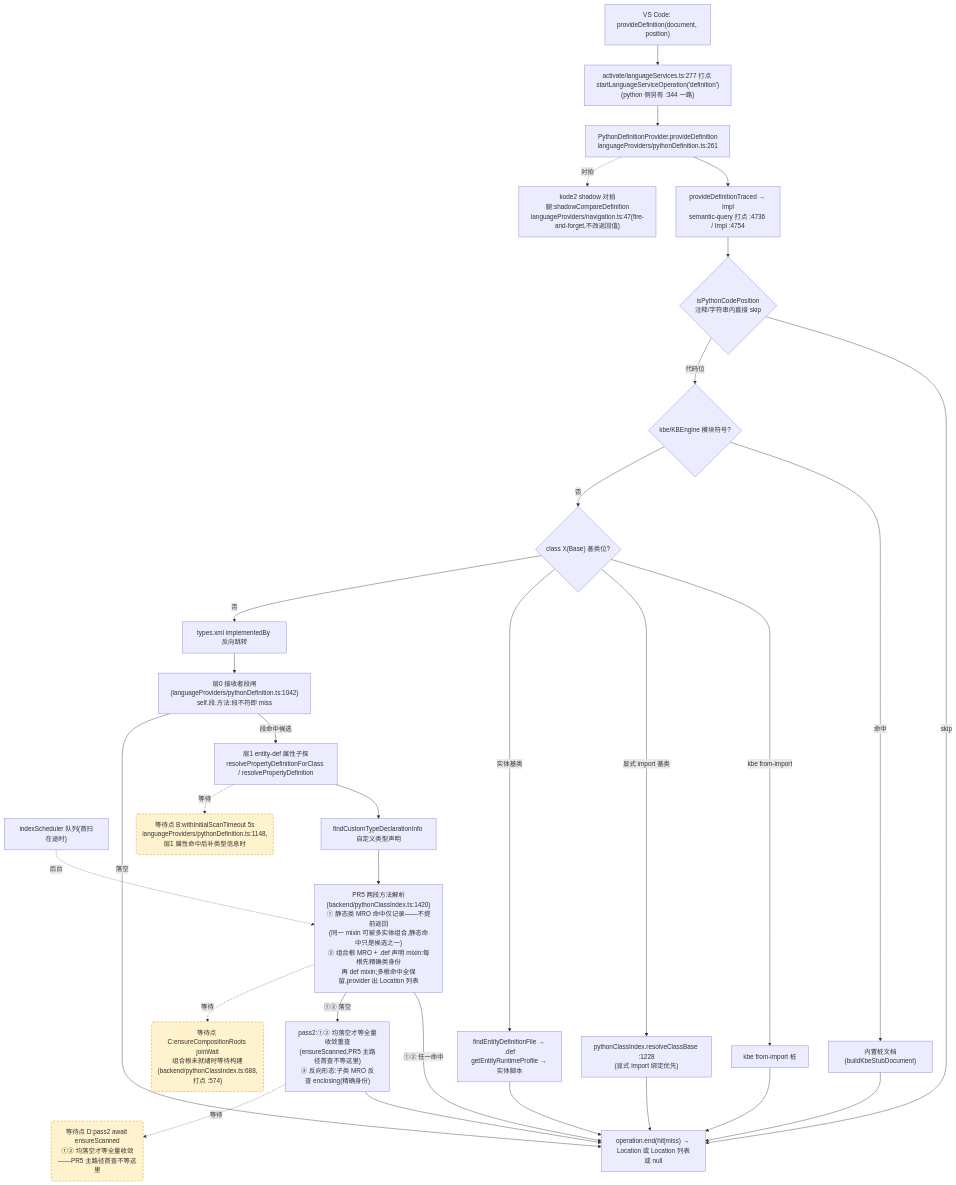
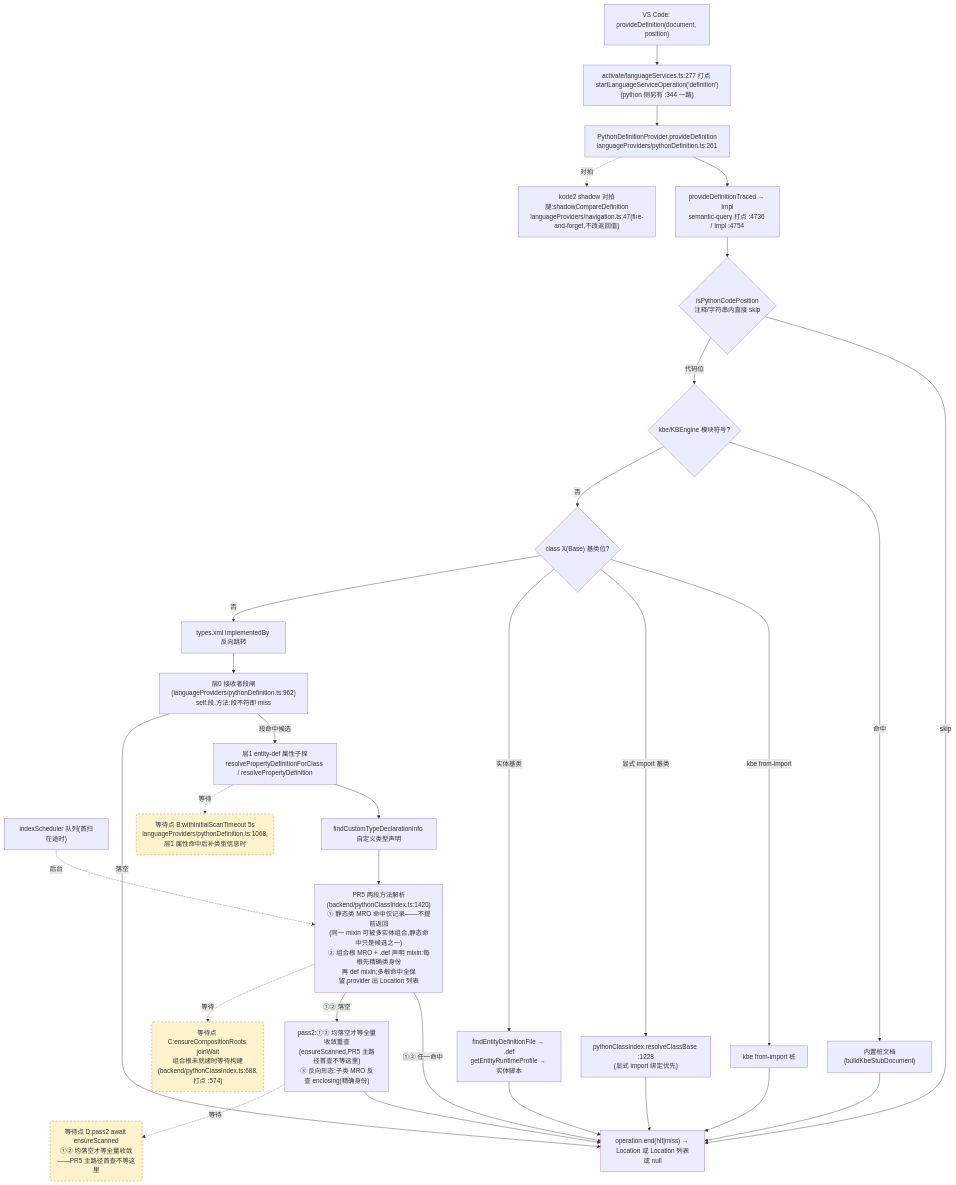
One commit to cuihairu/kode changed the second of 4 diagrams in docs/perf/2026-baseline.md. Above: the diagram before and after it, drawn with Mermaid. The commit also changed other lines of this file and 12 other files, not shown here.

````diff
--- a/docs/perf/2026-baseline.md
+++ b/docs/perf/2026-baseline.md
@@ -143,51 +144,51 @@
 ```mermaid
 flowchart TD
   VC2["VS Code: provideDefinition(document, position)"]
   M2["activate/languageServices.ts:277 打点 startLanguageServiceOperation('definition')<br/>(python 侧另有 :344 一路)"]
   AD2["PythonDefinitionProvider.provideDefinition<br/>languageProviders/pythonDefinition.ts:261"]
   TR["provideDefinitionTraced → Impl<br/>semantic-query 打点 :4736 / Impl :4754"]
   CTX{"isPythonCodePosition<br/>注释/字符串内直接 skip"}
   KBE{"kbe/KBEngine 模块符号?"}
   STUB["内置桩文档(buildKbeStubDocument)"]
   CB{"class X(Base) 基类位?"}
   CB1["kbe from-import 桩"]
   CB2["pythonClassIndex.resolveClassBase :1228<br/>(显式 import 绑定优先)"]
   CB3["findEntityDefinitionFile → .def<br/>getEntityRuntimeProfile → 实体脚本"]
   REV["types.xml implementedBy 反向跳转"]
-  L0["层0 接收者段闸(languageProviders/pythonDefinition.ts:1042)<br/>self.段.方法:段不符即 miss"]
+  L0["层0 接收者段闸(languageProviders/pythonDefinition.ts:962)<br/>self.段.方法:段不符即 miss"]
   L1["层1 entity-def 属性子探<br/>resolvePropertyDefinitionForClass / resolvePropertyDefinition"]
   SCAN["indexScheduler 队列(首扫在途时)"]
   TY["findCustomTypeDeclarationInfo 自定义类型声明"]
   MRO["PR5 两段方法解析(backend/pythonClassIndex.ts:1420)<br/>① 静态类 MRO 命中仅记录——不提前返回<br/>(同一 mixin 可被多实体组合,静态命中只是候选之一)<br/>② 组合根 MRO + .def 声明 mixin:每根先精确类身份<br/>再 def mixin;多根命中全保留,provider 出 Location 列表"]
   PASS2["pass2:①② 均落空才等全量收敛重查<br/>(ensureScanned,PR5 主路径首查不等这里)<br/>③ 反向形态:子类 MRO 反查 enclosing(精确身份)"]
   SHD["kode2 shadow 对拍腿:shadowCompareDefinition<br/>languageProviders/navigation.ts:47(fire-and-forget,不改返回值)"]
   END2["operation.end(hit|miss) → Location 或 Location 列表或 null"]
 
   VC2 --> M2 --> AD2 --> TR --> CTX
   CTX -- "skip" --> END2
   CTX -- "代码位" --> KBE
   KBE -- "命中" --> STUB --> END2
   KBE -- "否" --> CB
   CB -- "kbe from-import" --> CB1 --> END2
   CB -- "显式 import 基类" --> CB2 --> END2
   CB -- "实体基类" --> CB3 --> END2
   CB -- "否" --> REV --> L0
   L0 -- "段命中候选" --> L1
   L0 -- "落空" --> END2
   L1 --> TY
   TY --> MRO
   MRO -- "①② 任一命中" --> END2
   MRO -- "①② 落空" --> PASS2 --> END2
   AD2 -.->|对拍| SHD
 
-  WAITB("等待点 B:withInitialScanTimeout 5s<br/>languageProviders/pythonDefinition.ts:1148,层1 属性命中后补类型信息时")
+  WAITB("等待点 B:withInitialScanTimeout 5s<br/>languageProviders/pythonDefinition.ts:1068,层1 属性命中后补类型信息时")
   WAITC("等待点 C:ensureCompositionRoots joinWait<br/>组合根未就绪时等待构建(backend/pythonClassIndex.ts:688,打点 :574)")
   WAITD("等待点 D:pass2 await ensureScanned<br/>①② 均落空才等全量收敛——PR5 主路径首查不等这里")
   L1 -.->|等待| WAITB
   MRO -.->|等待| WAITC
   PASS2 -.->|等待| WAITD
   SCAN -.->|后台| MRO
 
   classDef waitPoint fill:#fff3cd,stroke:#d97706,stroke-dasharray:5 4;
   class WAITB,WAITC,WAITD waitPoint;
 ```
````
